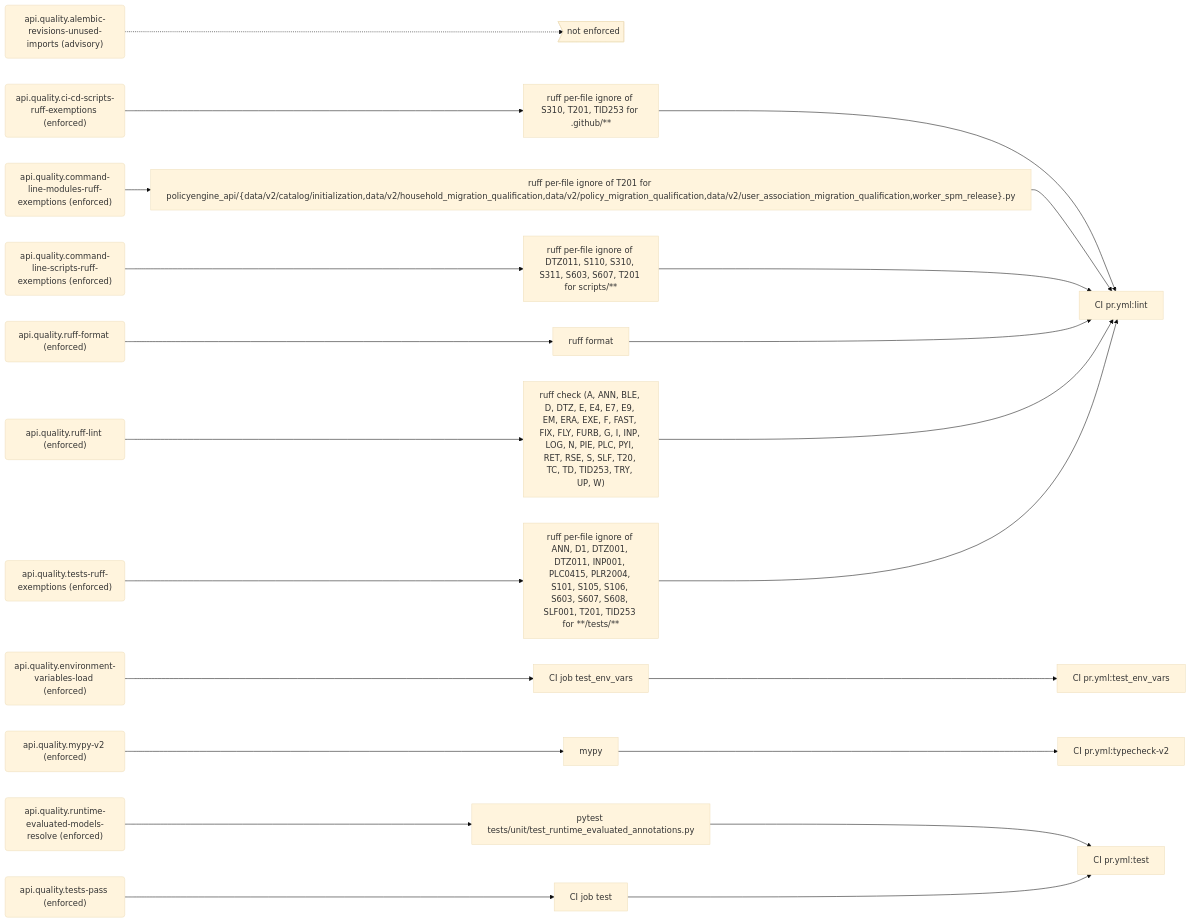
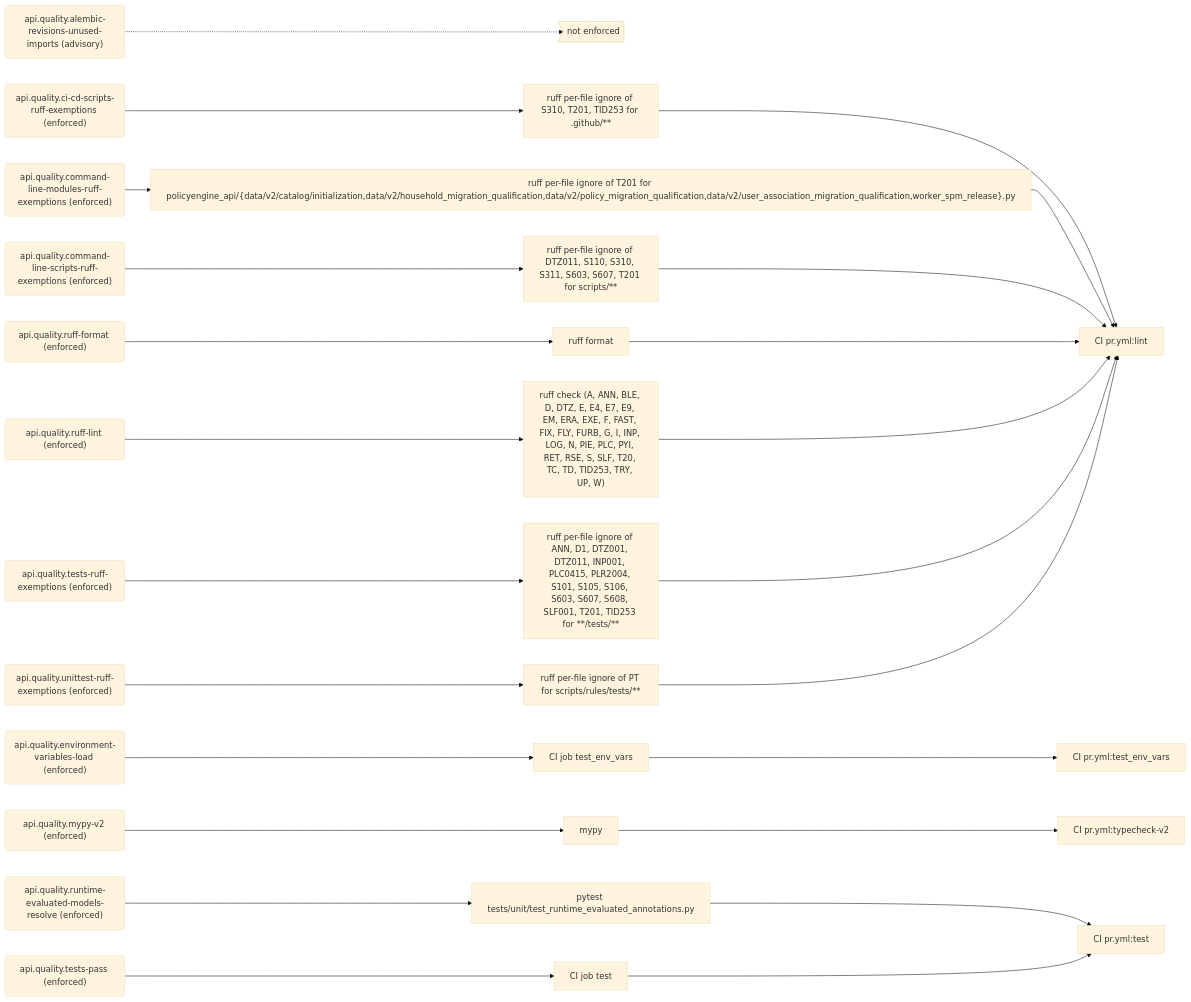
The sixth of 9 diagrams in docs/generated/rules.md (PolicyEngine/policyengine-api), drawn with Mermaid (base theme) before and after one commit. The commit also changed other lines of this file and 3 other files, not shown here.

First line of the commit message:
Exempt the rules tool's unittest tests from pytest-style rules

````diff
--- a/docs/generated/rules.md
+++ b/docs/generated/rules.md
@@ -283,50 +284,54 @@
 ```mermaid
 flowchart LR
   r_api_quality_alembic_revisions_unused_imports("api.quality.alembic-revisions-unused-imports (advisory)")
   gap_unenforced>"not enforced"]
   r_api_quality_ci_cd_scripts_ruff_exemptions("api.quality.ci-cd-scripts-ruff-exemptions (enforced)")
   e_ruff_per_file_ignore_of_S310__T201__TID253_for__github___["ruff per-file ignore of S310, T201, TID253 for .github/**"]
   j_CI_pr_yml_lint["CI pr.yml:lint"]
   r_api_quality_command_line_modules_ruff_exemptions("api.quality.command-line-modules-ruff-exemptions (enforced)")
   e_ruff_per_file_ignore_of_T201_for_policyengine_api__data_v2_catalog_initialization_data_v2_household_migration_qualification_data_v2_policy_migration_qualification_data_v2_user_association_migration_qualification_worker_spm_release__py["ruff per-file ignore of T201 for policyengine_api/{data/v2/catalog/initialization,data/v2/household_migration_qualification,data/v2/policy_migration_qualification,data/v2/user_association_migration_qualification,worker_spm_release}.py"]
   r_api_quality_command_line_scripts_ruff_exemptions("api.quality.command-line-scripts-ruff-exemptions (enforced)")
   e_ruff_per_file_ignore_of_DTZ011__S110__S310__S311__S603__S607__T201_for_scripts___["ruff per-file ignore of DTZ011, S110, S310, S311, S603, S607, T201 for scripts/**"]
   r_api_quality_environment_variables_load("api.quality.environment-variables-load (enforced)")
   e_CI_job_test_env_vars["CI job test_env_vars"]
   j_CI_pr_yml_test_env_vars["CI pr.yml:test_env_vars"]
   r_api_quality_mypy_v2("api.quality.mypy-v2 (enforced)")
   e_mypy["mypy"]
   j_CI_pr_yml_typecheck_v2["CI pr.yml:typecheck-v2"]
   r_api_quality_ruff_format("api.quality.ruff-format (enforced)")
   e_ruff_format["ruff format"]
   r_api_quality_ruff_lint("api.quality.ruff-lint (enforced)")
   e_ruff_check__A__ANN__BLE__D__DTZ__E__E4__E7__E9__EM__ERA__EXE__F__FAST__FIX__FLY__FURB__G__I__INP__LOG__N__PIE__PLC__PYI__RET__RSE__S__SLF__T20__TC__TD__TID253__TRY__UP__W_["ruff check (A, ANN, BLE, D, DTZ, E, E4, E7, E9, EM, ERA, EXE, F, FAST, FIX, FLY, FURB, G, I, INP, LOG, N, PIE, PLC, PYI, RET, RSE, S, SLF, T20, TC, TD, TID253, TRY, UP, W)"]
   r_api_quality_runtime_evaluated_models_resolve("api.quality.runtime-evaluated-models-resolve (enforced)")
   e_pytest_tests_unit_test_runtime_evaluated_annotations_py["pytest tests/unit/test_runtime_evaluated_annotations.py"]
   j_CI_pr_yml_test["CI pr.yml:test"]
   r_api_quality_tests_pass("api.quality.tests-pass (enforced)")
   e_CI_job_test["CI job test"]
   r_api_quality_tests_ruff_exemptions("api.quality.tests-ruff-exemptions (enforced)")
   e_ruff_per_file_ignore_of_ANN__D1__DTZ001__DTZ011__INP001__PLC0415__PLR2004__S101__S105__S106__S603__S607__S608__SLF001__T201__TID253_for____tests___["ruff per-file ignore of ANN, D1, DTZ001, DTZ011, INP001, PLC0415, PLR2004, S101, S105, S106, S603, S607, S608, SLF001, T201, TID253 for **/tests/**"]
+  r_api_quality_unittest_ruff_exemptions("api.quality.unittest-ruff-exemptions (enforced)")
+  e_ruff_per_file_ignore_of_PT_for_scripts_rules_tests___["ruff per-file ignore of PT for scripts/rules/tests/**"]
   r_api_quality_alembic_revisions_unused_imports -.-> gap_unenforced
   r_api_quality_ci_cd_scripts_ruff_exemptions --> e_ruff_per_file_ignore_of_S310__T201__TID253_for__github___
   e_ruff_per_file_ignore_of_S310__T201__TID253_for__github___ --> j_CI_pr_yml_lint
   r_api_quality_command_line_modules_ruff_exemptions --> e_ruff_per_file_ignore_of_T201_for_policyengine_api__data_v2_catalog_initialization_data_v2_household_migration_qualification_data_v2_policy_migration_qualification_data_v2_user_association_migration_qualification_worker_spm_release__py
   e_ruff_per_file_ignore_of_T201_for_policyengine_api__data_v2_catalog_initialization_data_v2_household_migration_qualification_data_v2_policy_migration_qualification_data_v2_user_association_migration_qualification_worker_spm_release__py --> j_CI_pr_yml_lint
   r_api_quality_command_line_scripts_ruff_exemptions --> e_ruff_per_file_ignore_of_DTZ011__S110__S310__S311__S603__S607__T201_for_scripts___
   e_ruff_per_file_ignore_of_DTZ011__S110__S310__S311__S603__S607__T201_for_scripts___ --> j_CI_pr_yml_lint
   r_api_quality_environment_variables_load --> e_CI_job_test_env_vars
   e_CI_job_test_env_vars --> j_CI_pr_yml_test_env_vars
   r_api_quality_mypy_v2 --> e_mypy
   e_mypy --> j_CI_pr_yml_typecheck_v2
   r_api_quality_ruff_format --> e_ruff_format
   e_ruff_format --> j_CI_pr_yml_lint
   r_api_quality_ruff_lint --> e_ruff_check__A__ANN__BLE__D__DTZ__E__E4__E7__E9__EM__ERA__EXE__F__FAST__FIX__FLY__FURB__G__I__INP__LOG__N__PIE__PLC__PYI__RET__RSE__S__SLF__T20__TC__TD__TID253__TRY__UP__W_
   e_ruff_check__A__ANN__BLE__D__DTZ__E__E4__E7__E9__EM__ERA__EXE__F__FAST__FIX__FLY__FURB__G__I__INP__LOG__N__PIE__PLC__PYI__RET__RSE__S__SLF__T20__TC__TD__TID253__TRY__UP__W_ --> j_CI_pr_yml_lint
   r_api_quality_runtime_evaluated_models_resolve --> e_pytest_tests_unit_test_runtime_evaluated_annotations_py
   e_pytest_tests_unit_test_runtime_evaluated_annotations_py --> j_CI_pr_yml_test
   r_api_quality_tests_pass --> e_CI_job_test
   e_CI_job_test --> j_CI_pr_yml_test
   r_api_quality_tests_ruff_exemptions --> e_ruff_per_file_ignore_of_ANN__D1__DTZ001__DTZ011__INP001__PLC0415__PLR2004__S101__S105__S106__S603__S607__S608__SLF001__T201__TID253_for____tests___
   e_ruff_per_file_ignore_of_ANN__D1__DTZ001__DTZ011__INP001__PLC0415__PLR2004__S101__S105__S106__S603__S607__S608__SLF001__T201__TID253_for____tests___ --> j_CI_pr_yml_lint
+  r_api_quality_unittest_ruff_exemptions --> e_ruff_per_file_ignore_of_PT_for_scripts_rules_tests___
+  e_ruff_per_file_ignore_of_PT_for_scripts_rules_tests___ --> j_CI_pr_yml_lint
 ```
````
